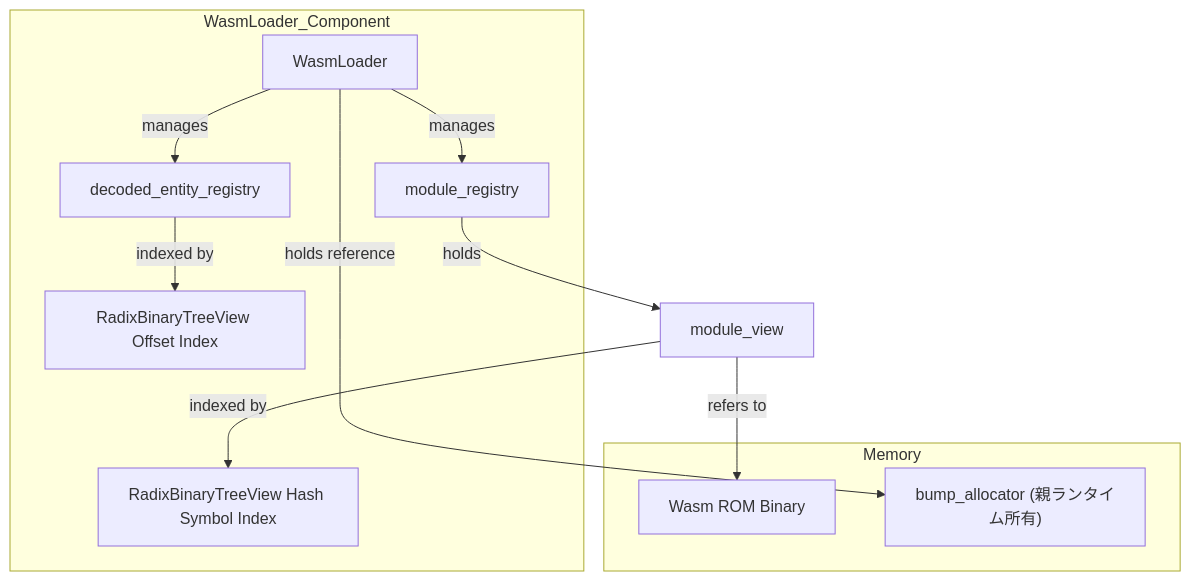
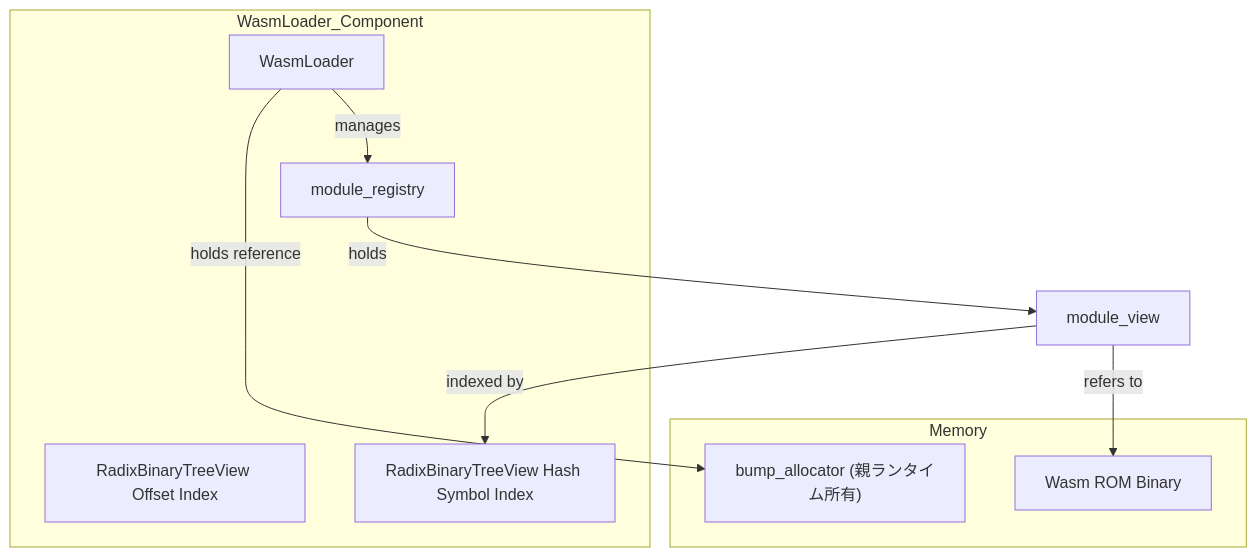
The first of 5 diagrams in docs/components/tier2_runtime/runtime_loader.md (kmt-t/fireball), drawn with Mermaid before and after one commit. The commit also changed other lines of this file and 28 other files, not shown here.

````diff
--- a/docs/components/tier2_runtime/runtime_loader.md
+++ b/docs/components/tier2_runtime/runtime_loader.md
@@ -49,23 +48,20 @@
 ```mermaid
 flowchart TD
     subgraph WasmLoader_Component
         Loader[WasmLoader]
         Registry[module_registry]
-        EntityReg[decoded_entity_registry]
         RadixTree[RadixBinaryTreeView Offset Index]
         SymbolTree[RadixBinaryTreeView Hash Symbol Index]
     end
 
     subgraph Memory
         ROM[Wasm ROM Binary]
         Alloc["bump_allocator (親ランタイム所有)"]
     end
 
     Loader -- holds reference --> Alloc
     Loader -- manages --> Registry
-    Loader -- manages --> EntityReg
-    EntityReg -- indexed by --> RadixTree
     Registry -- holds --> View[module_view]
     View -- indexed by --> SymbolTree
     View -- refers to --> ROM
 ```
````
